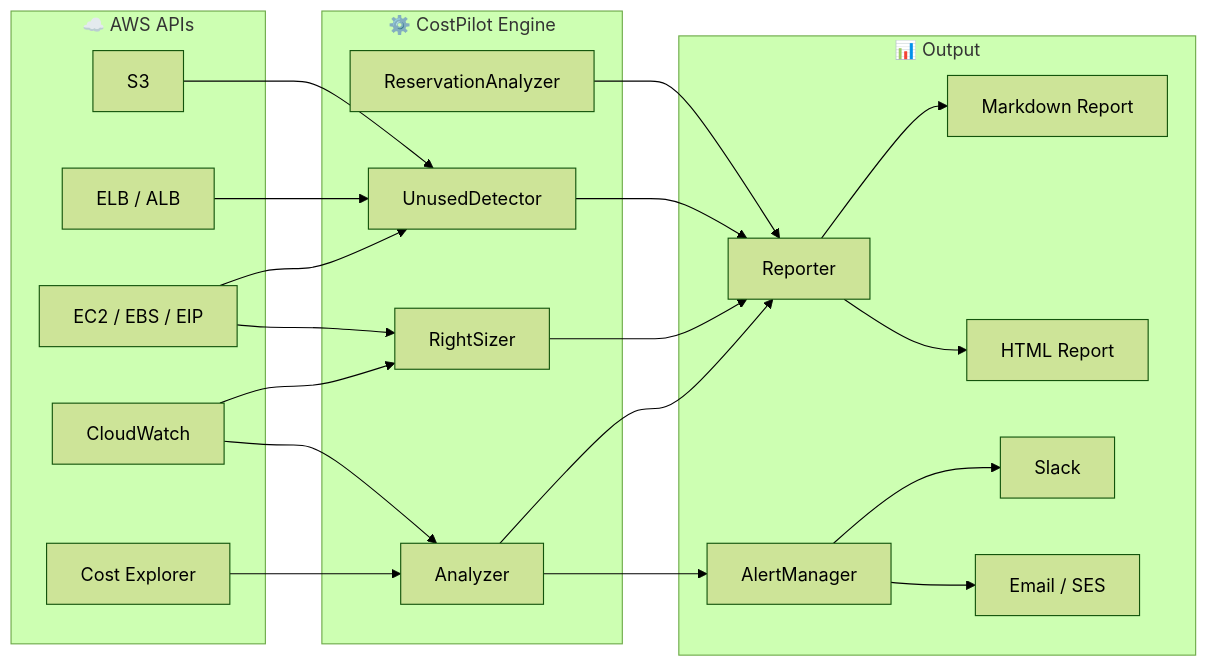
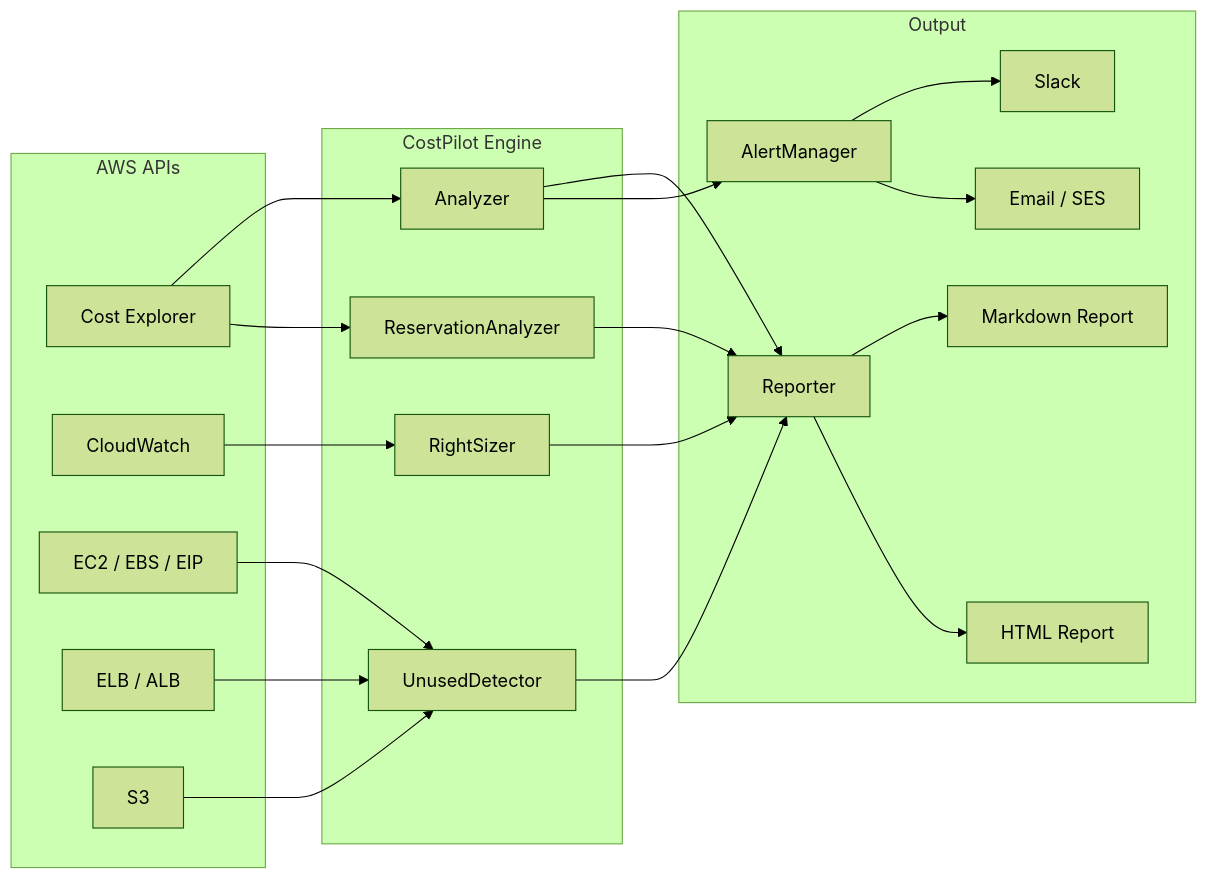
One commit to HunterSpence/aws-cloud-portfolio changed the diagram in costpilot/README.md. Above: the diagram before and after it, drawn with Mermaid (forest theme). The commit also changed other lines of this file, not shown here.

Commit message:
CostPilot: upgrade README with Mermaid diagrams

````diff
--- a/costpilot/README.md
+++ b/costpilot/README.md
@@ -15,46 +15,43 @@
 ```mermaid
 graph LR
-    subgraph AWS["☁️ AWS APIs"]
+    subgraph AWS APIs
         CE[Cost Explorer]
         CW[CloudWatch]
         EC2[EC2 / EBS / EIP]
         ELB[ELB / ALB]
         S3[S3]
     end
 
-    subgraph Engine["⚙️ CostPilot Engine"]
+    subgraph CostPilot Engine
         A[Analyzer]
         RS[RightSizer]
         UD[UnusedDetector]
         RA[ReservationAnalyzer]
     end
 
-    subgraph Output["📊 Output"]
+    CE --> A
+    CW --> RS
+    EC2 --> UD
+    ELB --> UD
+    S3 --> UD
+    CE --> RA
+
+    subgraph Output
         R[Reporter]
         MD[Markdown Report]
         HTML[HTML Report]
         AM[AlertManager]
-        Slack[Slack]
-        Email[Email / SES]
+        SL[Slack]
+        EM[Email / SES]
     end
-
-    CE --> A
-    CW --> A
-    CW --> RS
-    EC2 --> RS
-    EC2 --> UD
-    ELB --> UD
-    S3 --> UD
 
     A --> R
     RS --> R
     UD --> R
     RA --> R
-
     R --> MD
     R --> HTML
-
     A --> AM
-    AM --> Slack
-    AM --> Email
+    AM --> SL
+    AM --> EM
 ```
````
